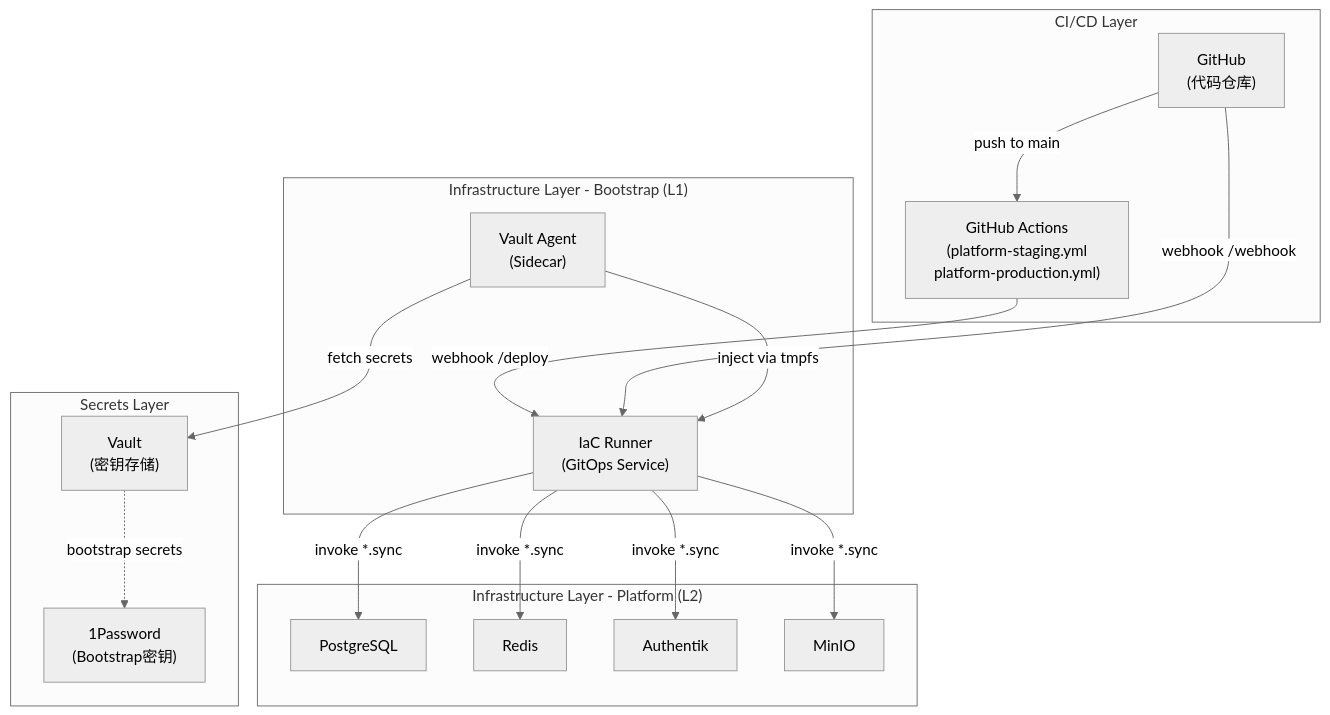
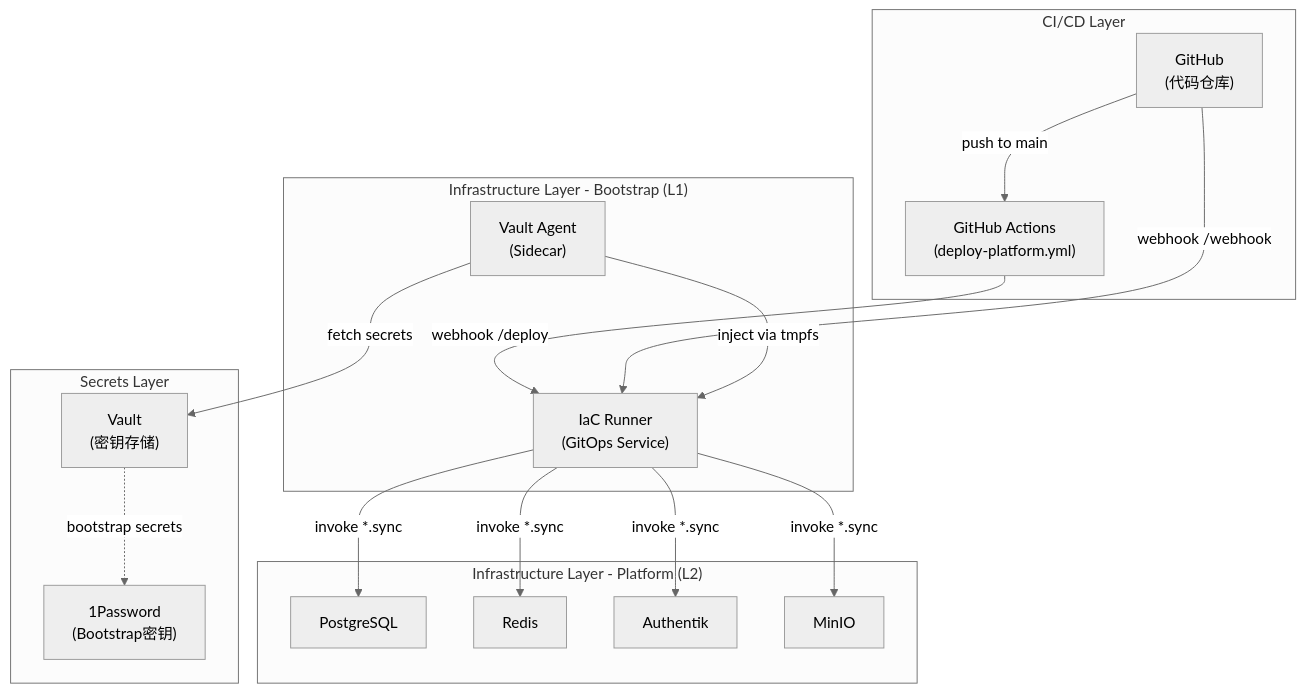
One commit to wangzitian0/infra2 changed the first of 2 diagrams in docs/ssot/bootstrap.iac_runner.md. Above: the diagram before and after it, drawn with Mermaid (neutral theme). The commit also changed other lines of this file and 10 other files, not shown here.

````diff
--- a/docs/ssot/bootstrap.iac_runner.md
+++ b/docs/ssot/bootstrap.iac_runner.md
@@ -42,38 +42,38 @@
 ```mermaid
 flowchart TB
     subgraph "Secrets Layer"
         Vault["Vault<br/>(密钥存储)"]
         1P["1Password<br/>(Bootstrap密钥)"]
     end
 
     subgraph "CI/CD Layer"
         GitHub["GitHub<br/>(代码仓库)"]
-        Actions["GitHub Actions<br/>(platform-staging.yml<br/>platform-production.yml)"]
+        Actions["GitHub Actions<br/>(deploy-platform.yml)"]
     end
 
     subgraph "Infrastructure Layer - Bootstrap (L1)"
         IaCRunner["IaC Runner<br/>(GitOps Service)"]
         VaultAgent["Vault Agent<br/>(Sidecar)"]
     end
 
     subgraph "Infrastructure Layer - Platform (L2)"
         Postgres["PostgreSQL"]
         Redis["Redis"]
         Authentik["Authentik"]
         MinIO["MinIO"]
     end
 
     GitHub -->|push to main| Actions
     Actions -->|webhook /deploy| IaCRunner
     GitHub -->|webhook /webhook| IaCRunner
     
     VaultAgent -->|fetch secrets| Vault
     VaultAgent -->|inject via tmpfs| IaCRunner
     
     IaCRunner -->|invoke *.sync| Postgres
     IaCRunner -->|invoke *.sync| Redis
     IaCRunner -->|invoke *.sync| Authentik
     IaCRunner -->|invoke *.sync| MinIO
     
     Vault -.->|bootstrap secrets| 1P
 ```
````
